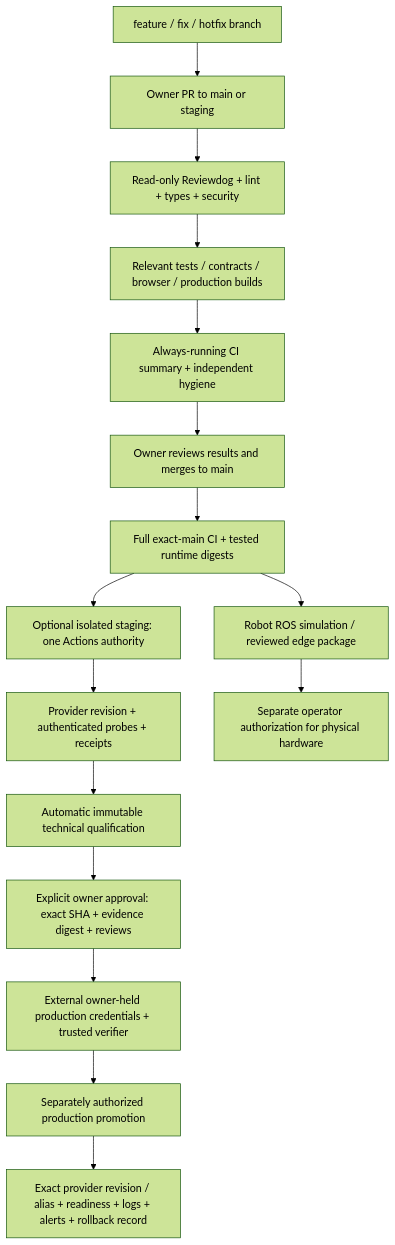
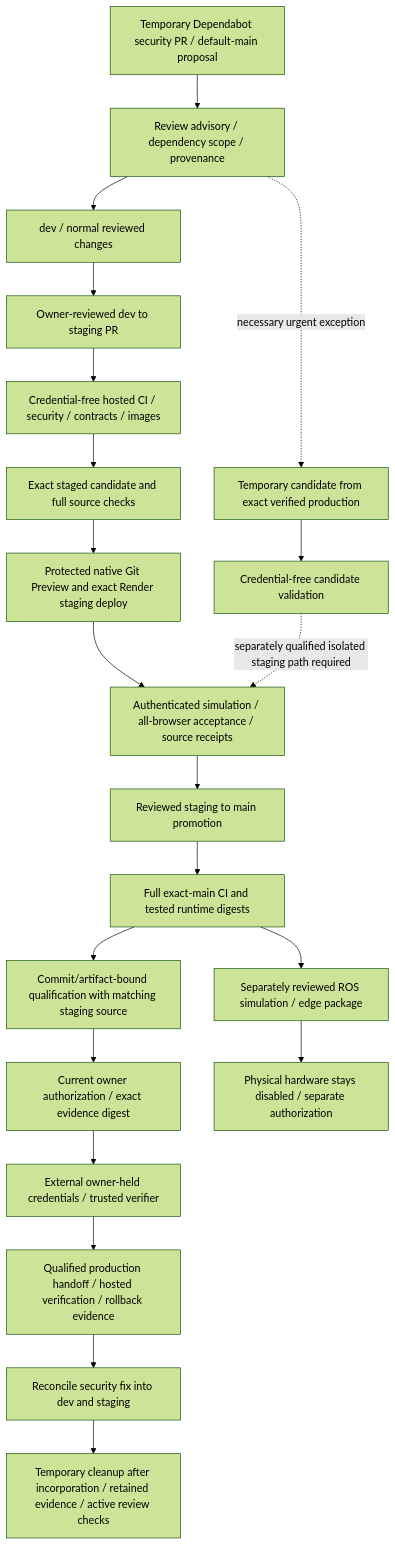
The diagram in docs/engineering/CI_CD.md (DruHustle/onesa-ai-robot), drawn with Mermaid (forest theme) before and after one commit. The commit also changed other lines of this file and 13 other files, not shown here.

Commit message:
Allow scoped security PRs while preserving Robot release gates

````diff
--- a/docs/engineering/CI_CD.md
+++ b/docs/engineering/CI_CD.md
@@ -11,18 +15,23 @@
 ```mermaid
 flowchart TD
-  F[feature / fix / hotfix branch] --> PR[Owner PR to main or staging]
-  PR --> R[Read-only Reviewdog + lint + types + security]
-  R --> T[Relevant tests / contracts / browser / production builds]
-  T --> S[Always-running CI summary + independent hygiene]
-  S --> M[Owner reviews results and merges to main]
-  M --> C[Full exact-main CI + tested runtime digests]
-  C --> P[Optional isolated staging: one Actions authority]
-  P --> V[Provider revision + authenticated probes + receipts]
-  V --> Q[Automatic immutable technical qualification]
-  Q --> A[Explicit owner approval: exact SHA + evidence digest + reviews]
-  A --> X[External owner-held production credentials + trusted verifier]
-  X --> D[Separately authorized production promotion]
-  D --> O[Exact provider revision / alias + readiness + logs + alerts + rollback record]
-  C --> E[Robot ROS simulation / reviewed edge package]
-  E --> H[Separate operator authorization for physical hardware]
+  Dev[dev / normal reviewed changes] --> PR[Owner-reviewed dev to staging PR]
+  PR --> CI[Credential-free hosted CI / security / contracts / images]
+  CI --> Stage[Exact staged candidate and full source checks]
+  Stage --> Hosted[Protected native Git Preview and exact Render staging deploy]
+  Hosted --> Receipt[Authenticated simulation / all-browser acceptance / source receipts]
+  Receipt --> Promote[Reviewed staging to main promotion]
+  Promote --> Main[Full exact-main CI and tested runtime digests]
+  Main --> Q[Commit/artifact-bound qualification with matching staging source]
+  Q --> A[Current owner authorization / exact evidence digest]
+  A --> X[External owner-held credentials / trusted verifier]
+  X --> Live[Qualified production handoff / hosted verification / rollback evidence]
+  Bot[Temporary Dependabot security PR / default-main proposal] --> Review[Review advisory / dependency scope / provenance]
+  Review --> Dev
+  Review -. necessary urgent exception .-> Temp[Temporary candidate from exact verified production]
+  Temp --> TCI[Credential-free candidate validation]
+  TCI -. separately qualified isolated staging path required .-> Receipt
+  Live --> Reconcile[Reconcile security fix into dev and staging]
+  Reconcile --> Cleanup[Temporary cleanup after incorporation / retained evidence / active review checks]
+  Main --> Edge[Separately reviewed ROS simulation / edge package]
+  Edge --> Hardware[Physical hardware stays disabled / separate authorization]
 ```
````
